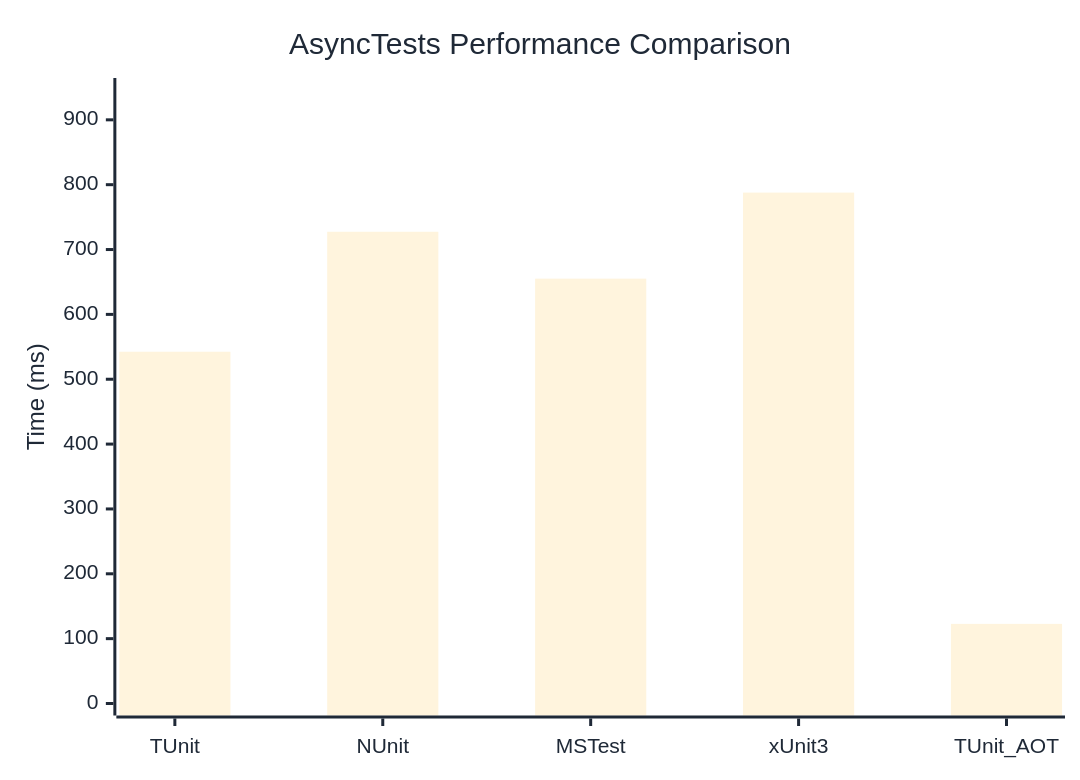
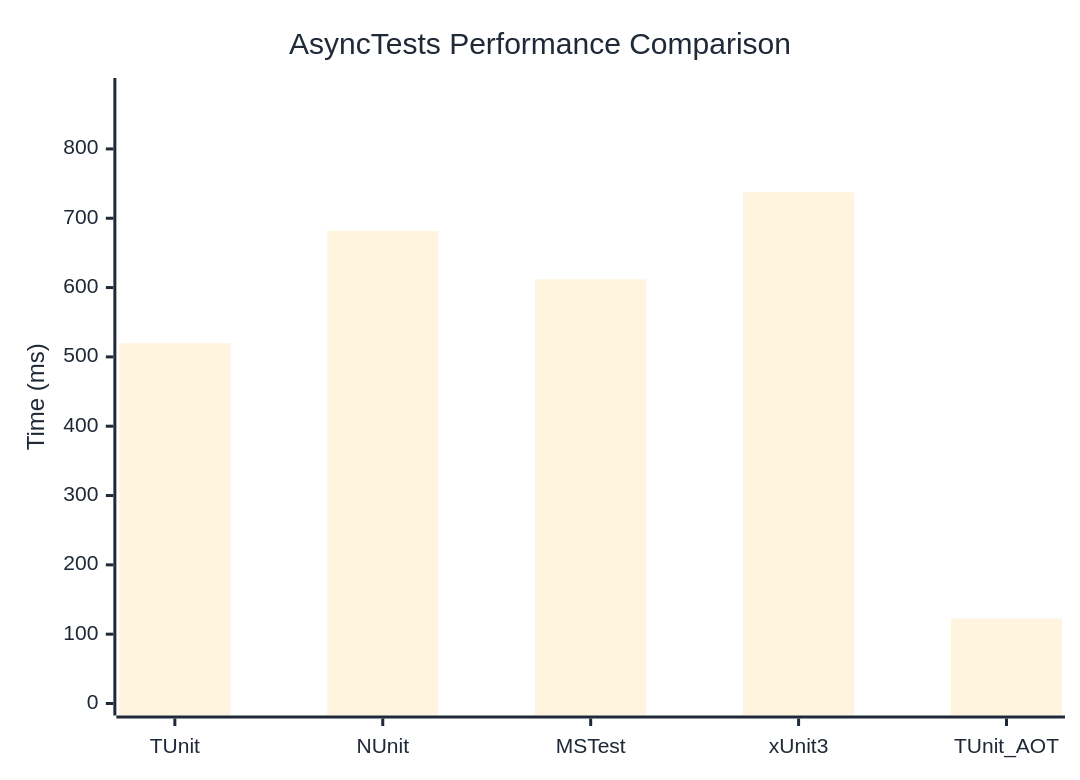
The diagram in docs/docs/benchmarks/AsyncTests.md (thomhurst/TUnit), drawn with Mermaid before and after one commit. The commit also changed other lines of this file and 17 other files, not shown here.

````diff
--- a/docs/docs/benchmarks/AsyncTests.md
+++ b/docs/docs/benchmarks/AsyncTests.md
@@ -27,37 +27,37 @@
 ```mermaid
 %%{init: {
   'theme':'base',
   'themeVariables': {
     'primaryColor': '#2563eb',
     'primaryTextColor': '#1f2937',
     'primaryBorderColor': '#1e40af',
     'lineColor': '#6b7280',
     'secondaryColor': '#7c3aed',
     'tertiaryColor': '#dc2626',
     'background': '#ffffff',
     'mainBkg': '#2563eb',
     'secondBkg': '#7c3aed',
     'tertiaryBkg': '#dc2626',
     'clusterBkg': '#f3f4f6',
     'edgeLabelBackground': '#ffffff',
     'tertiaryTextColor': '#1f2937',
     'pie1': '#2563eb',
     'pie2': '#7c3aed',
     'pie3': '#dc2626',
     'pie4': '#f59e0b',
     'pie5': '#10b981',
     'pie6': '#06b6d4',
     'pie7': '#ec4899',
     'pie8': '#6366f1',
     'pie9': '#84cc16',
     'pie10': '#f97316',
     'pie11': '#14b8a6',
     'pie12': '#a855f7'
   }
 }}%%
 xychart-beta
   title "AsyncTests Performance Comparison"
   x-axis ["TUnit", "NUnit", "MSTest", "xUnit3", "TUnit_AOT"]
-  y-axis "Time (ms)" 0 --> 946
-  bar [542.4, 727.4, 655.1, 787.8, 122.8]
+  y-axis "Time (ms)" 0 --> 885
+  bar [519.9, 681.9, 612.1, 737.5, 122.5]
 ```
````
